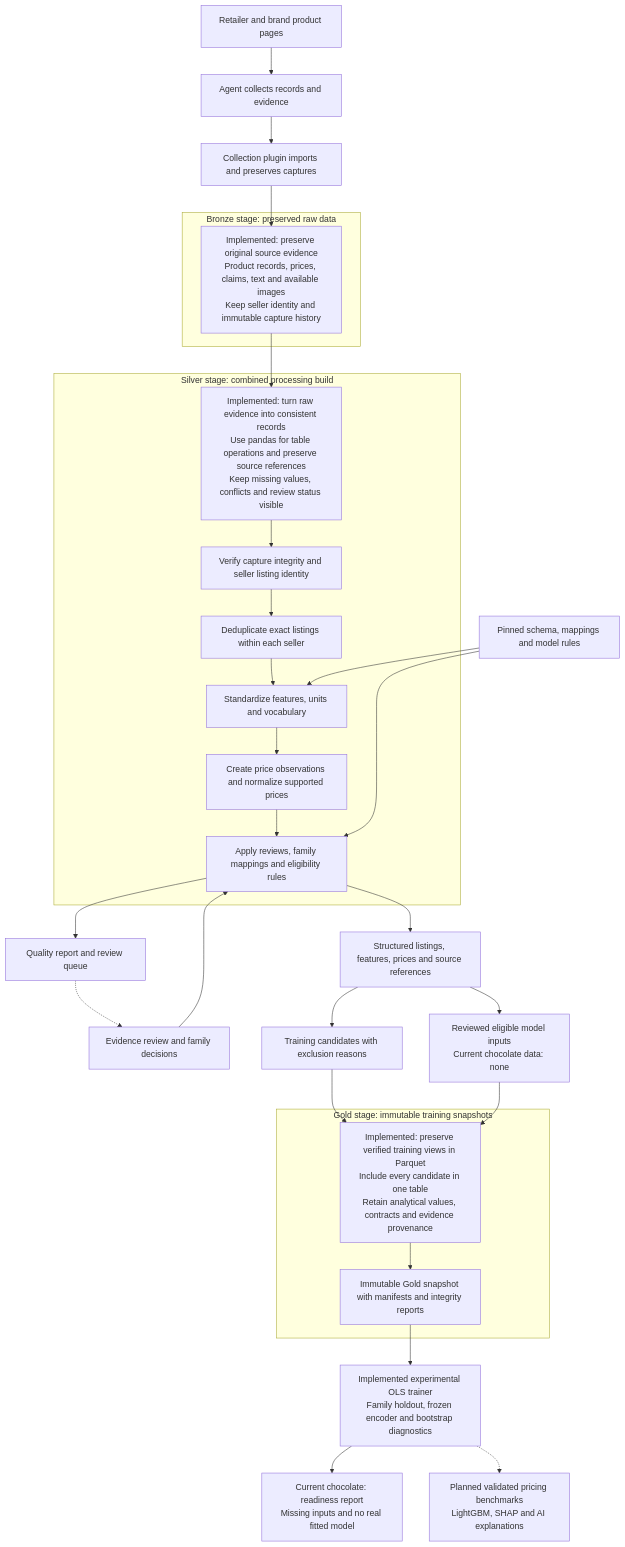
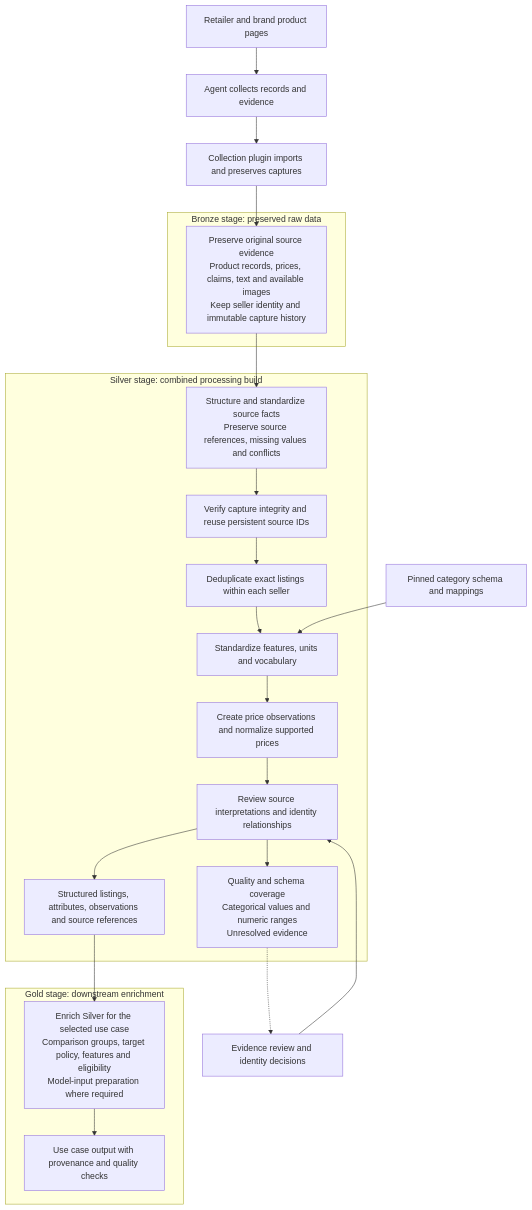
Before and after one commit to CoralLeiCN/rgc: the diagram in docs/data/chocolate-silver.md, drawn with Mermaid. The commit also changed other lines of this file and 64 other files, not shown here.

Commit message:
Align Bronze-to-Silver processing and publish versioned contracts (#1)

````diff
--- a/docs/data/chocolate-silver.md
+++ b/docs/data/chocolate-silver.md
@@ -52,39 +92,31 @@
 ```mermaid
 flowchart TD
     Sources["Retailer and brand product pages"] --> Agent["Agent collects records and evidence"]
     Agent --> Collection["Collection plugin imports and preserves captures"]
     Collection --> Raw
 
     subgraph Bronze["Bronze stage: preserved raw data"]
-        Raw["Implemented: preserve original source evidence<br/>Product records, prices, claims, text and available images<br/>Keep seller identity and immutable capture history"]
+        Raw["Preserve original source evidence<br/>Product records, prices, claims, text and available images<br/>Keep seller identity and immutable capture history"]
     end
 
     Raw --> SilverPurpose
 
     subgraph Silver["Silver stage: combined processing build"]
-        SilverPurpose["Implemented: turn raw evidence into consistent records<br/>Use pandas for table operations and preserve source references<br/>Keep missing values, conflicts and review status visible"] --> Verify
-        Verify["Verify capture integrity and seller listing identity"] --> Deduplicate["Deduplicate exact listings within each seller"]
+        SilverPurpose["Structure and standardize source facts<br/>Preserve source references, missing values and conflicts"] --> Verify
+        Verify["Verify capture integrity and reuse persistent source IDs"] --> Deduplicate["Deduplicate exact listings within each seller"]
         Deduplicate --> Standardize["Standardize features, units and vocabulary"]
         Standardize --> Prices["Create price observations and normalize supported prices"]
-        Prices --> Gates["Apply reviews, family mappings and eligibility rules"]
+        Prices --> Review["Review source interpretations and identity relationships"]
+        Review --> Dataset["Structured listings, attributes, observations and source references"]
+        Review --> Reports["Quality and schema coverage<br/>Categorical values and numeric ranges<br/>Unresolved evidence"]
     end
 
-    Contracts["Pinned schema, mappings and model rules"] --> Standardize
-    Contracts --> Gates
-    Reviews["Evidence review and family decisions"] --> Gates
-    Gates --> Dataset["Structured listings, features, prices and source references"]
-    Gates --> Reports["Quality report and review queue"]
+    Contracts["Pinned category schema and mappings"] --> Standardize
+    Reviews["Evidence review and identity decisions"] --> Review
     Reports -.-> Reviews
-    Dataset --> Candidates["Training candidates with exclusion reasons"]
-    Dataset --> Eligible["Reviewed eligible model inputs<br/>Current chocolate data: none"]
-    Candidates --> GoldPurpose
-    Eligible --> GoldPurpose
+    Dataset --> GoldPurpose
 
-    subgraph Gold["Gold stage: immutable training snapshots"]
-        GoldPurpose["Implemented: preserve verified training views in Parquet<br/>Include every candidate in one table<br/>Retain analytical values, contracts and evidence provenance"] --> Snapshot["Immutable Gold snapshot with manifests and integrity reports"]
+    subgraph Gold["Gold stage: downstream enrichment"]
+        GoldPurpose["Enrich Silver for the selected use case<br/>Comparison groups, target policy, features and eligibility<br/>Model-input preparation where required"] --> Snapshot["Use case output with provenance and quality checks"]
     end
-
-    Snapshot --> Trainer["Implemented experimental OLS trainer<br/>Family holdout, frozen encoder and bootstrap diagnostics"]
-    Trainer --> Readiness["Current chocolate: readiness report<br/>Missing inputs and no real fitted model"]
-    Trainer -.-> Future["Planned validated pricing benchmarks<br/>LightGBM, SHAP and AI explanations"]
 ```
````
